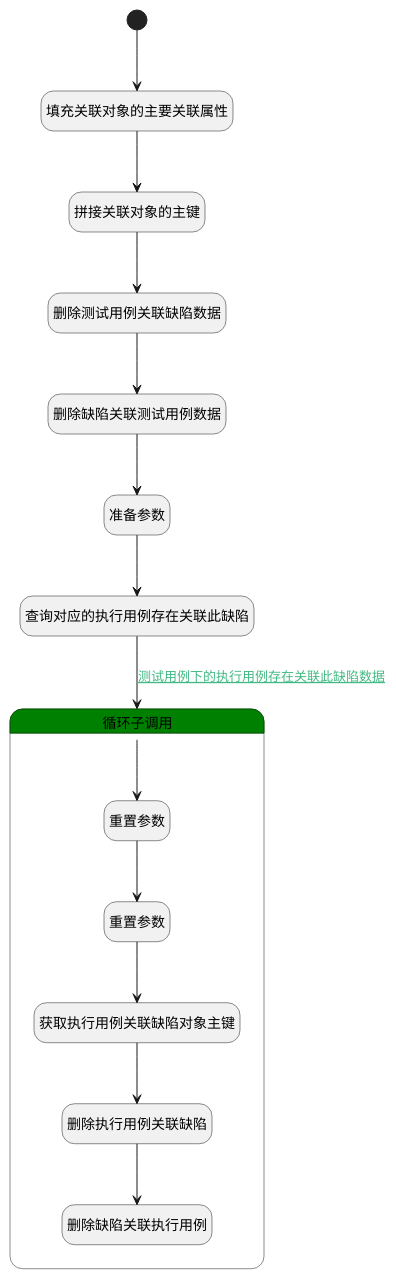
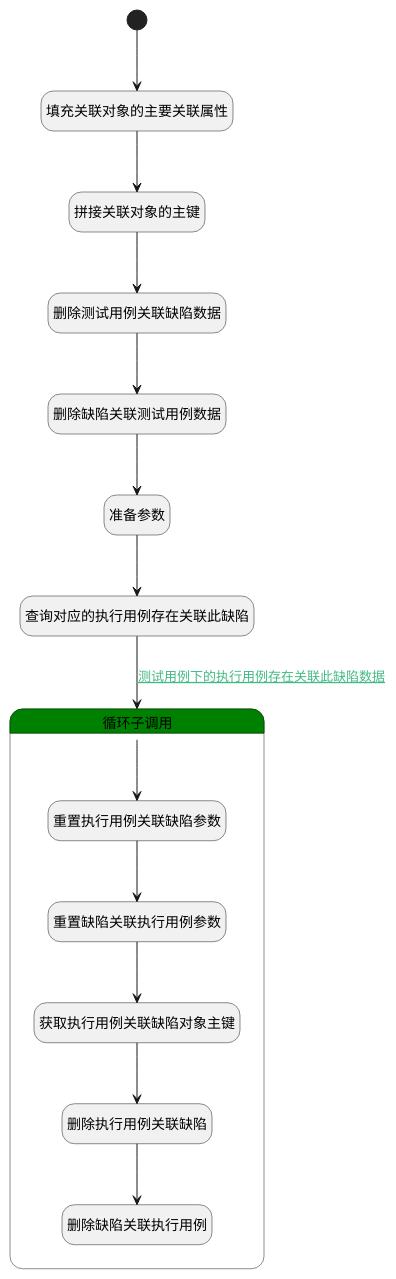
One commit to iBizLab/plm changed the diagram in doc/docsify/module/Base/relation/logic/test_case_del_relation_bug.md. Above: the diagram before and after it, drawn with PlantUML. The commit also changed other lines of this file and 1778 other files, not shown here.

````diff
--- a/doc/docsify/module/Base/relation/logic/test_case_del_relation_bug.md
+++ b/doc/docsify/module/Base/relation/logic/test_case_del_relation_bug.md
@@ -7,42 +7,42 @@
 ```plantuml
 @startuml
 hide empty description
 <style>
 root {
   HyperlinkColor #42b983
 }
 </style>
 
 hide empty description
 state "开始" as Begin <<start>> [[$./test_case_del_relation_bug#begin {"开始"}]]
 state "填充关联对象的主要关联属性" as PREPAREPARAM1  [[$./test_case_del_relation_bug#prepareparam1 {"填充关联对象的主要关联属性"}]]
 state "拼接关联对象的主键" as RAWSFCODE1  [[$./test_case_del_relation_bug#rawsfcode1 {"拼接关联对象的主键"}]]
 state "删除测试用例关联缺陷数据" as DEACTION2  [[$./test_case_del_relation_bug#deaction2 {"删除测试用例关联缺陷数据"}]]
 state "删除缺陷关联测试用例数据" as DEACTION3  [[$./test_case_del_relation_bug#deaction3 {"删除缺陷关联测试用例数据"}]]
 state "准备参数" as PREPAREPARAM2  [[$./test_case_del_relation_bug#prepareparam2 {"准备参数"}]]
 state "查询对应的执行用例存在关联此缺陷" as DEDATASET1  [[$./test_case_del_relation_bug#dedataset1 {"查询对应的执行用例存在关联此缺陷"}]]
 state "循环子调用" as LOOPSUBCALL1  [[$./test_case_del_relation_bug#loopsubcall1 {"循环子调用"}]] #green {
-state "重置参数" as RESETPARAM1  [[$./test_case_del_relation_bug#resetparam1 {"重置参数"}]]
-state "重置参数" as RESETPARAM2  [[$./test_case_del_relation_bug#resetparam2 {"重置参数"}]]
+state "重置执行用例关联缺陷参数" as RESETPARAM1  [[$./test_case_del_relation_bug#resetparam1 {"重置执行用例关联缺陷参数"}]]
+state "重置缺陷关联执行用例参数" as RESETPARAM2  [[$./test_case_del_relation_bug#resetparam2 {"重置缺陷关联执行用例参数"}]]
 state "获取执行用例关联缺陷对象主键" as RAWSFCODE2  [[$./test_case_del_relation_bug#rawsfcode2 {"获取执行用例关联缺陷对象主键"}]]
 state "删除执行用例关联缺陷" as DEACTION4  [[$./test_case_del_relation_bug#deaction4 {"删除执行用例关联缺陷"}]]
 state "删除缺陷关联执行用例" as DEACTION5  [[$./test_case_del_relation_bug#deaction5 {"删除缺陷关联执行用例"}]]
 }
 
 
 Begin --> PREPAREPARAM1
 PREPAREPARAM1 --> RAWSFCODE1
 RAWSFCODE1 --> DEACTION2
 DEACTION2 --> DEACTION3
 DEACTION3 --> PREPAREPARAM2
 PREPAREPARAM2 --> DEDATASET1
 DEDATASET1 --> LOOPSUBCALL1 : [[$./test_case_del_relation_bug#dedataset1-loopsubcall1{测试用例下的执行用例存在关联此缺陷数据} 测试用例下的执行用例存在关联此缺陷数据]]
 LOOPSUBCALL1 --> RESETPARAM1
 RESETPARAM1 --> RESETPARAM2
 RESETPARAM2 --> RAWSFCODE2
 RAWSFCODE2 --> DEACTION4
 DEACTION4 --> DEACTION5
 
 
 @enduml
 ```
````
